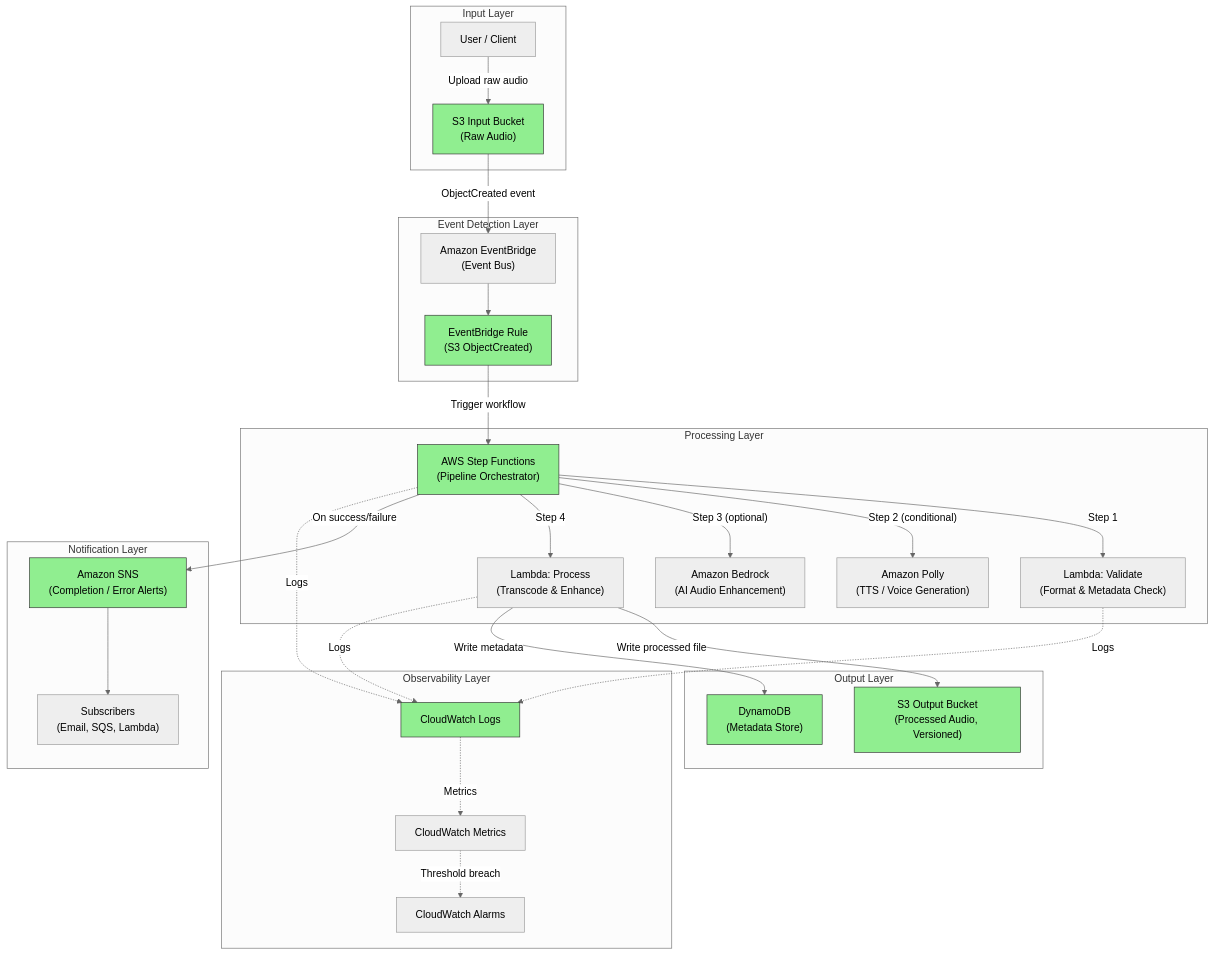
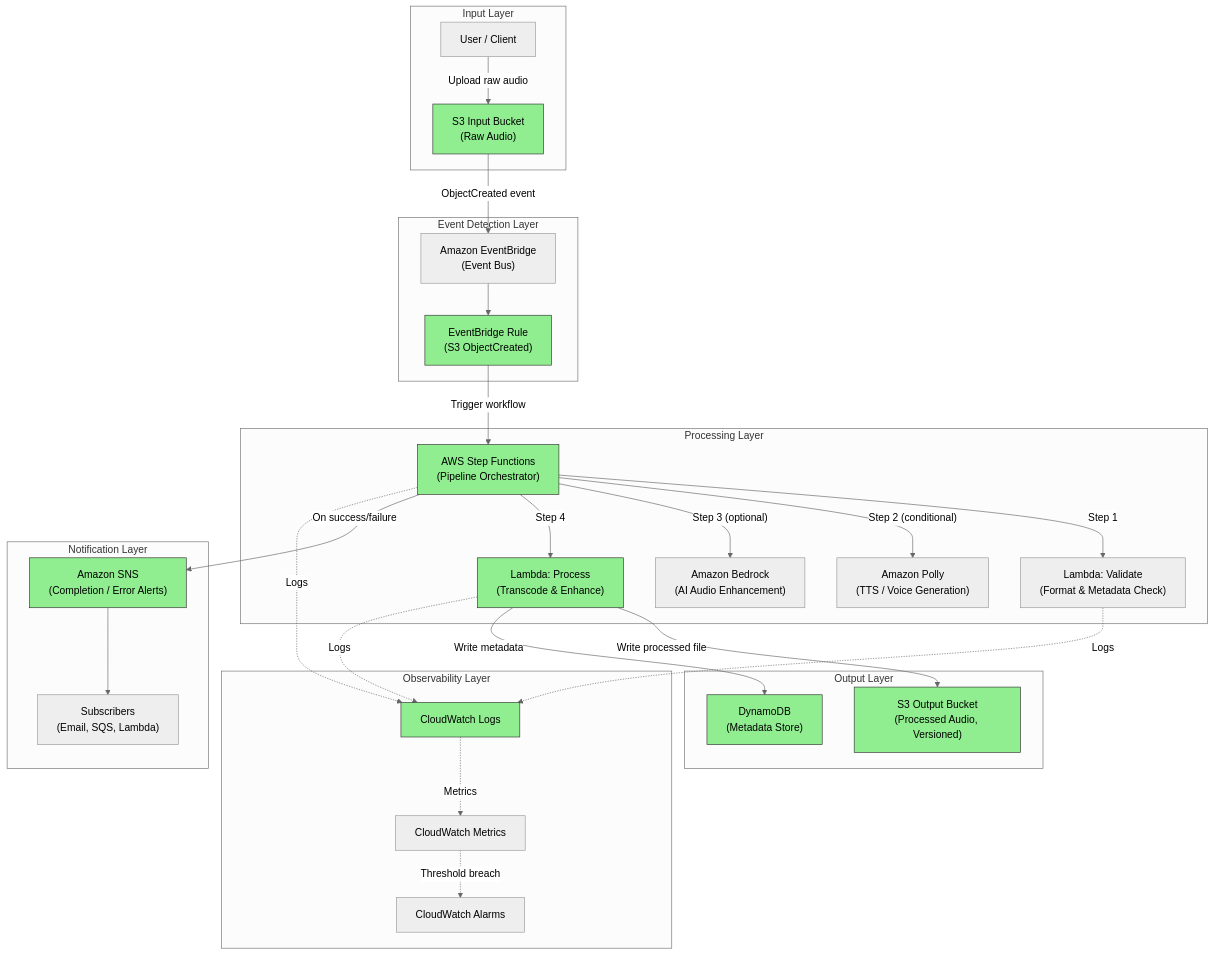
One commit to obstreperous-ai/cdk-sleep-py-kiro changed the diagram in ARCHITECTURE.md. Above: the diagram before and after it, drawn with Mermaid (neutral theme). The commit also changed other lines of this file and 6 other files, not shown here.

````diff
--- a/ARCHITECTURE.md
+++ b/ARCHITECTURE.md
@@ -42,65 +42,66 @@
 ```mermaid
 flowchart TD
     subgraph Input["Input Layer"]
         User["User / Client"]
         InputBucket["S3 Input Bucket<br/>(Raw Audio)"]
     end
 
     subgraph Events["Event Detection Layer"]
         EB["Amazon EventBridge<br/>(Event Bus)"]
         Rule["EventBridge Rule<br/>(S3 ObjectCreated)"]
     end
 
     subgraph Processing["Processing Layer"]
         SF["AWS Step Functions<br/>(Pipeline Orchestrator)"]
         Validate["Lambda: Validate<br/>(Format & Metadata Check)"]
         Polly["Amazon Polly<br/>(TTS / Voice Generation)"]
         Bedrock["Amazon Bedrock<br/>(AI Audio Enhancement)"]
         Process["Lambda: Process<br/>(Transcode & Enhance)"]
     end
 
     subgraph Output["Output Layer"]
         OutputBucket["S3 Output Bucket<br/>(Processed Audio, Versioned)"]
         DDB["DynamoDB<br/>(Metadata Store)"]
     end
 
     subgraph Notifications["Notification Layer"]
         SNS["Amazon SNS<br/>(Completion / Error Alerts)"]
         Subscribers["Subscribers<br/>(Email, SQS, Lambda)"]
     end
 
     subgraph Observability["Observability Layer"]
         CWLogs["CloudWatch Logs"]
         CWMetrics["CloudWatch Metrics"]
         CWAlarms["CloudWatch Alarms"]
     end
 
     User -->|"Upload raw audio"| InputBucket
     InputBucket -->|"ObjectCreated event"| EB
     EB --> Rule
     Rule -->|"Trigger workflow"| SF
 
     SF -->|"Step 1"| Validate
     SF -->|"Step 2 (conditional)"| Polly
     SF -->|"Step 3 (optional)"| Bedrock
     SF -->|"Step 4"| Process
 
     Process -->|"Write processed file"| OutputBucket
     Process -->|"Write metadata"| DDB
     SF -->|"On success/failure"| SNS
     SNS --> Subscribers
 
     SF -.->|"Logs"| CWLogs
     Validate -.->|"Logs"| CWLogs
     Process -.->|"Logs"| CWLogs
     CWLogs -.->|"Metrics"| CWMetrics
     CWMetrics -.->|"Threshold breach"| CWAlarms
 
     style InputBucket fill:#90EE90,stroke:#333
     style OutputBucket fill:#90EE90,stroke:#333
     style Rule fill:#90EE90,stroke:#333
     style SF fill:#90EE90,stroke:#333
     style CWLogs fill:#90EE90,stroke:#333
     style DDB fill:#90EE90,stroke:#333
     style SNS fill:#90EE90,stroke:#333
+    style Process fill:#90EE90,stroke:#333
 ```
````
